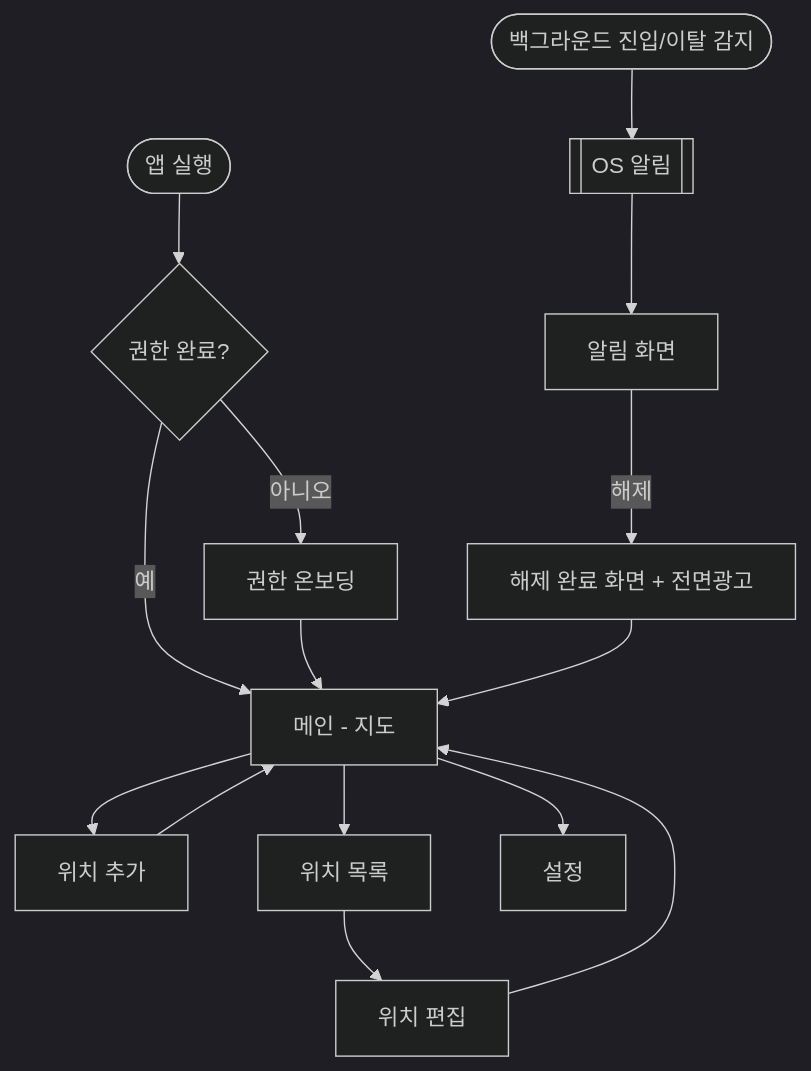
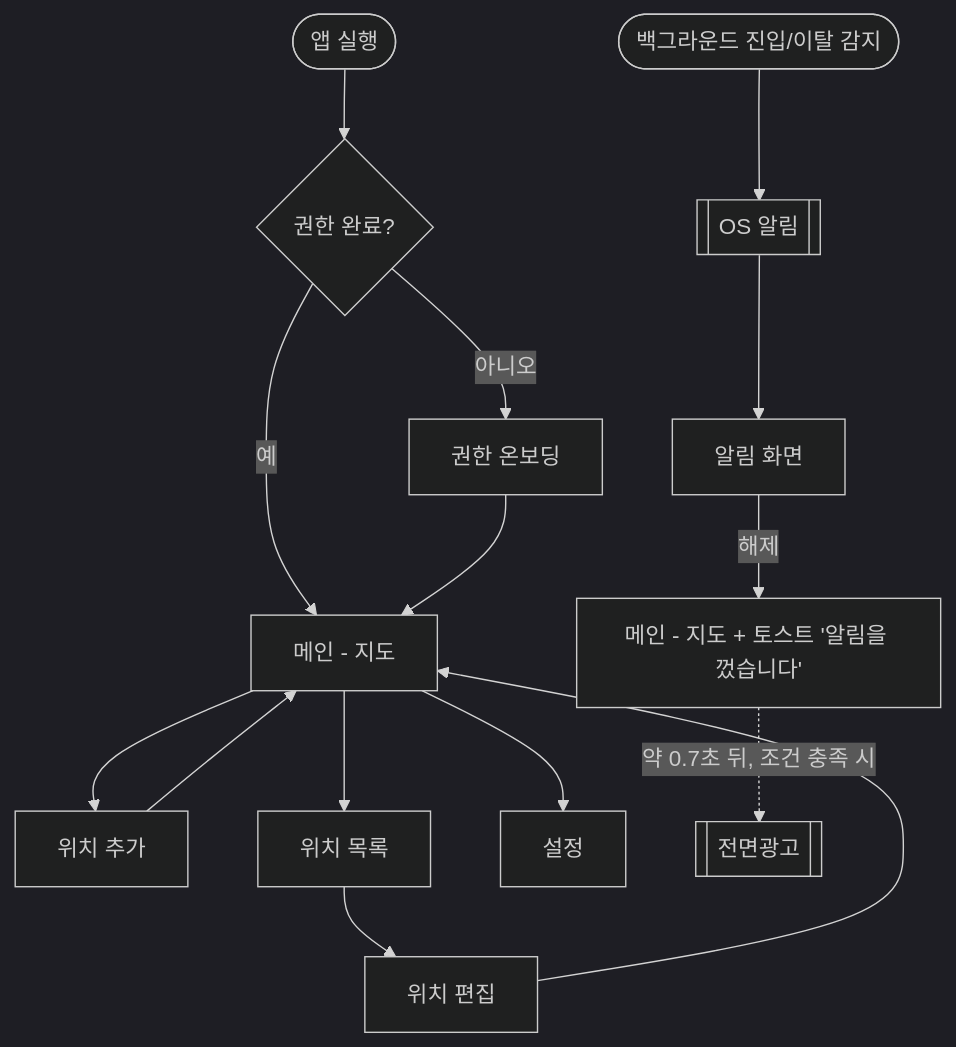
One commit to Cassiiopeia/EarLocAlert changed the diagram in docs/06-UX.md. Above: the diagram before and after it, drawn with Mermaid (dark theme). The commit also changed other lines of this file and 36 other files, not shown here.

````diff
--- a/docs/06-UX.md
+++ b/docs/06-UX.md
@@ -21,19 +21,19 @@
 ```mermaid
 flowchart TD
     START([앱 실행]) --> ONBOARD{권한 완료?}
     ONBOARD -->|아니오| PERM[권한 온보딩]
     ONBOARD -->|예| MAP[메인 - 지도]
     PERM --> MAP
 
     MAP --> ADD[위치 추가]
     MAP --> LIST[위치 목록]
     MAP --> SETTINGS[설정]
     LIST --> EDIT[위치 편집]
     ADD --> MAP
     EDIT --> MAP
 
     BG([백그라운드 진입/이탈 감지]) --> NOTI[[OS 알림]]
     NOTI --> ALERT[알림 화면]
-    ALERT -->|해제| AFTER[해제 완료 화면 + 전면광고]
-    AFTER --> MAP
+    ALERT -->|해제| MAP2[메인 - 지도 + 토스트 '알림을 껐습니다']
+    MAP2 -.->|약 0.7초 뒤, 조건 충족 시| AD[[전면광고]]
 ```
````
